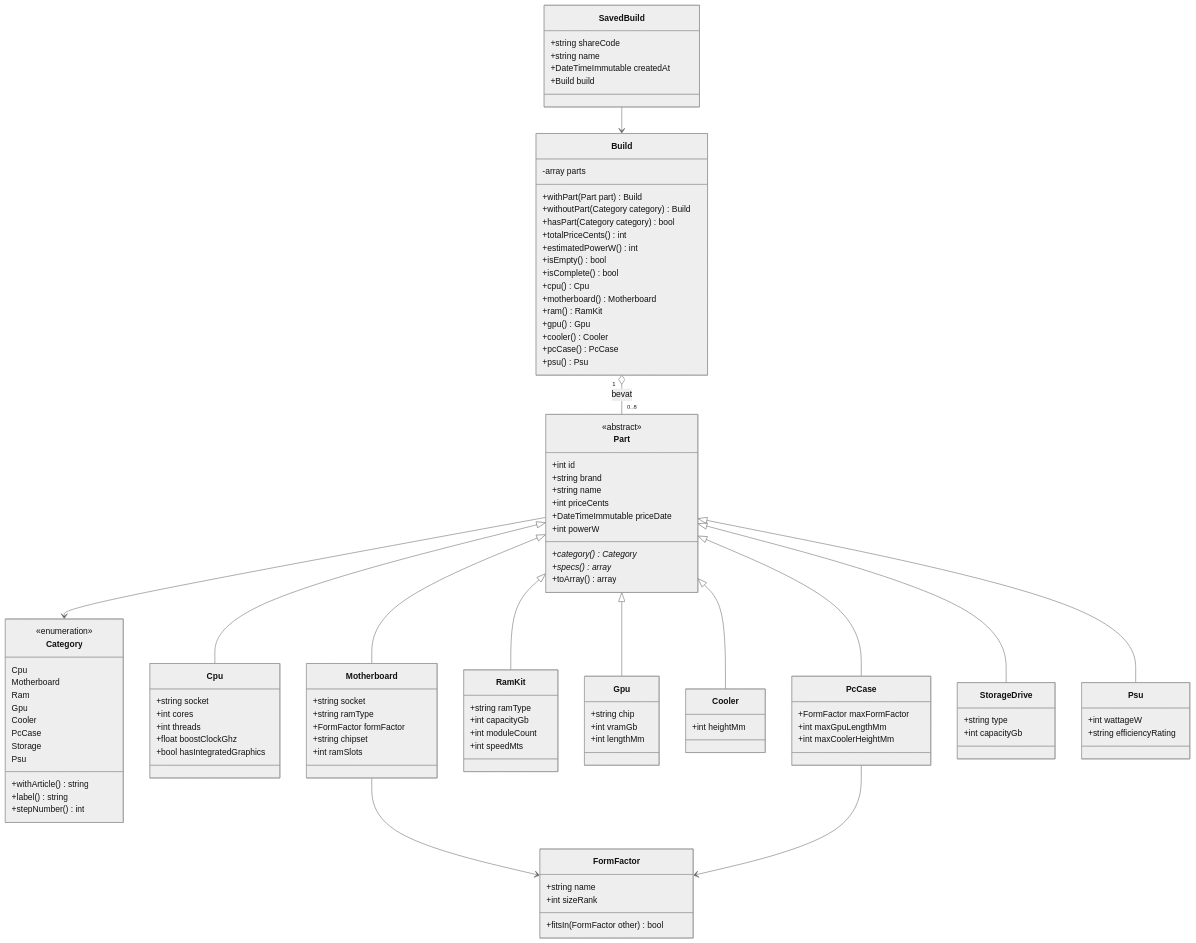
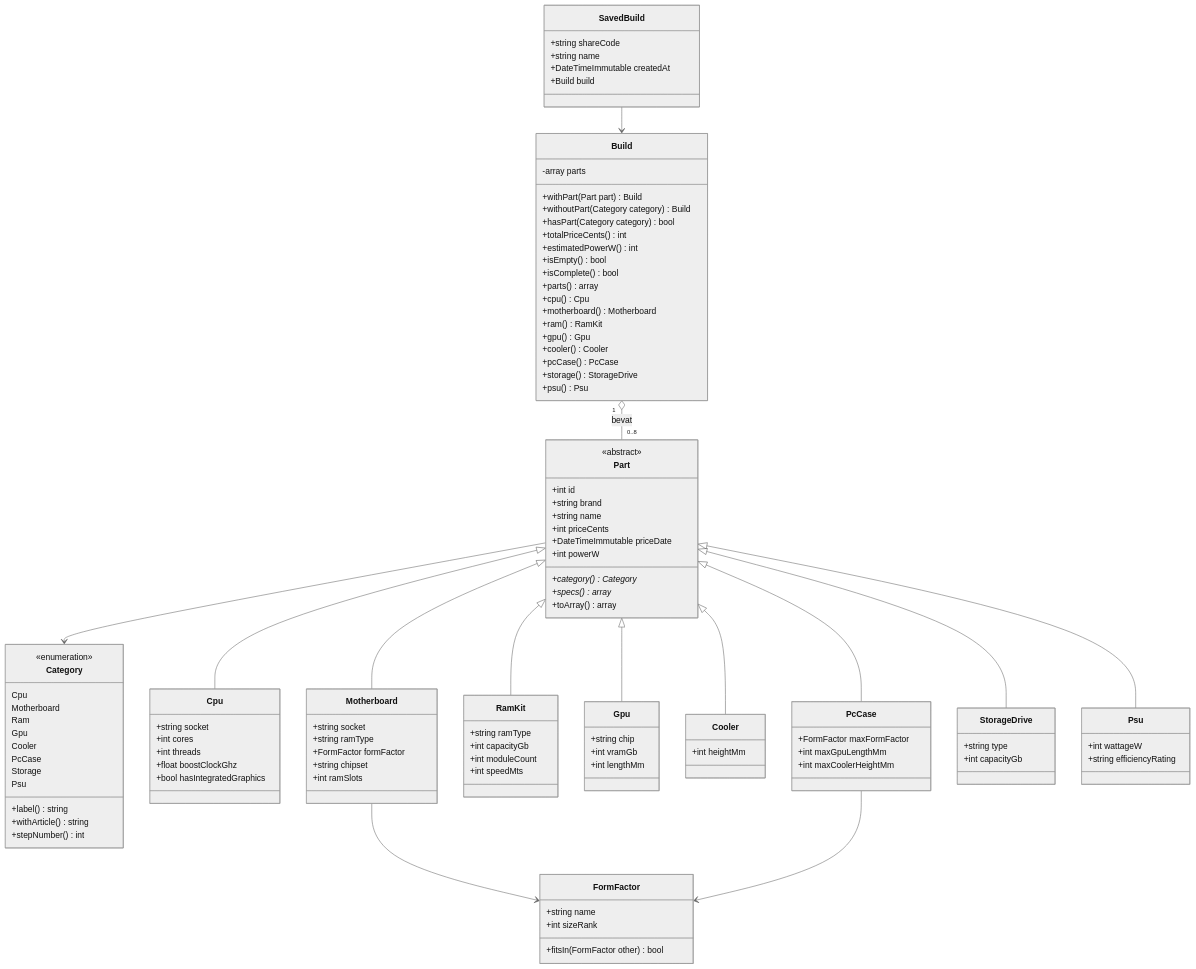
Before and after one commit to Niels023/pc-bouwplanner: the fourth of 9 diagrams in docs/ontwerp.md, drawn with Mermaid (neutral theme). The commit also changed other lines of this file and 4 other files, not shown here.

```diff
--- a/docs/ontwerp.md
+++ b/docs/ontwerp.md
@@ -217,8 +216,8 @@
         PcCase
         Storage
         Psu
+        +label() string
         +withArticle() string
-        +label() string
         +stepNumber() int
     }
     class Part {
@@ -288,12 +287,14 @@
         +estimatedPowerW() int
         +isEmpty() bool
         +isComplete() bool
+        +parts() array
         +cpu() Cpu
         +motherboard() Motherboard
         +ram() RamKit
         +gpu() Gpu
         +cooler() Cooler
         +pcCase() PcCase
+        +storage() StorageDrive
         +psu() Psu
     }
     class SavedBuild {
```
